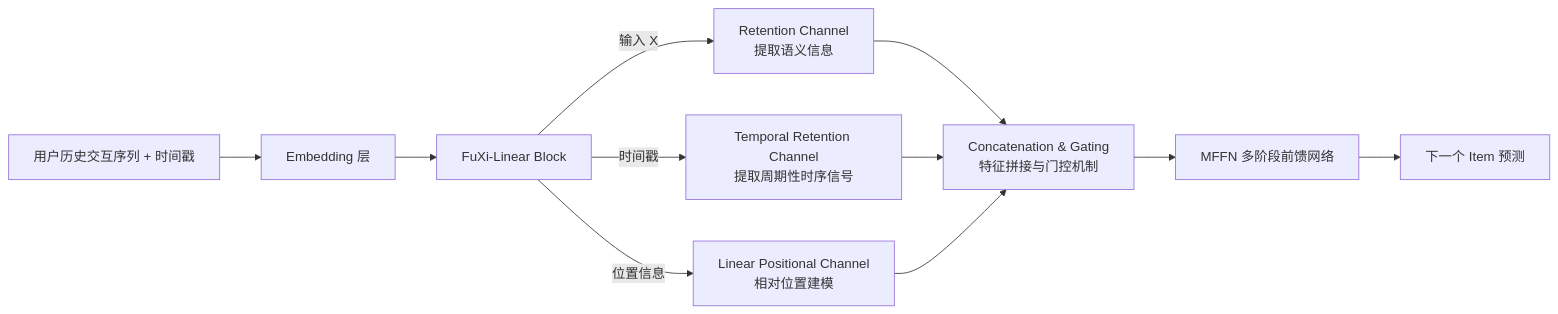
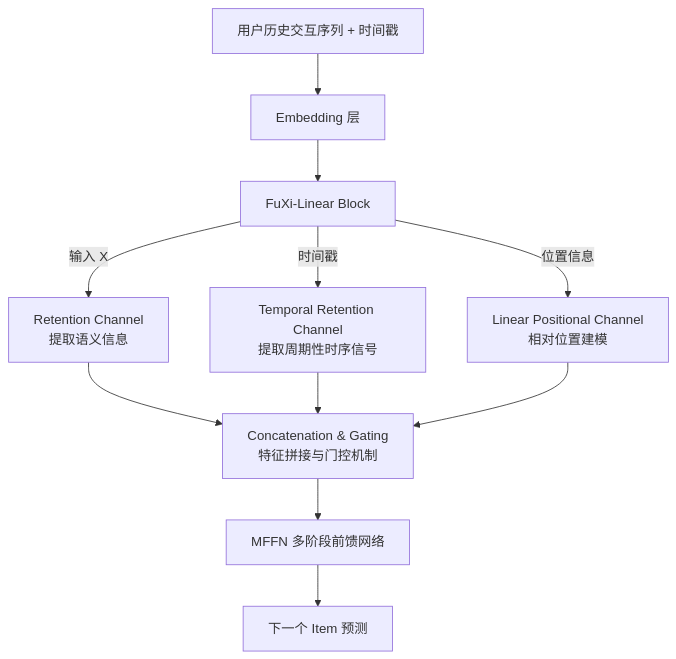
Before and after one commit to bansheng/bansheng.github.io: the diagram in content/blog/posts/006_fuxi_linear_paper_review/index.md, drawn with Mermaid. The commit also changed 366 other files, not shown here.

```diff
--- a/content/blog/posts/006_fuxi_linear_paper_review/index.md
+++ b/content/blog/posts/006_fuxi_linear_paper_review/index.md
@@ -119,16 +119,16 @@
 {{< mermaid >}}
-graph LR
+graph TD
     A[用户历史交互序列 + 时间戳] --> B[Embedding 层]
     B --> C[FuXi-Linear Block]
     
     C -->|输入 X| D1[Retention Channel<br>提取语义信息]
     C -->|时间戳| D2[Temporal Retention Channel<br>提取周期性时序信号]
     C -->|位置信息| D3[Linear Positional Channel<br>相对位置建模]
     
     D1 --> E[Concatenation & Gating<br>特征拼接与门控机制]
     D2 --> E
     D3 --> E
     
     E --> F[MFFN 多阶段前馈网络]
     F --> G[下一个 Item 预测]
 {{< /mermaid >}}
```
